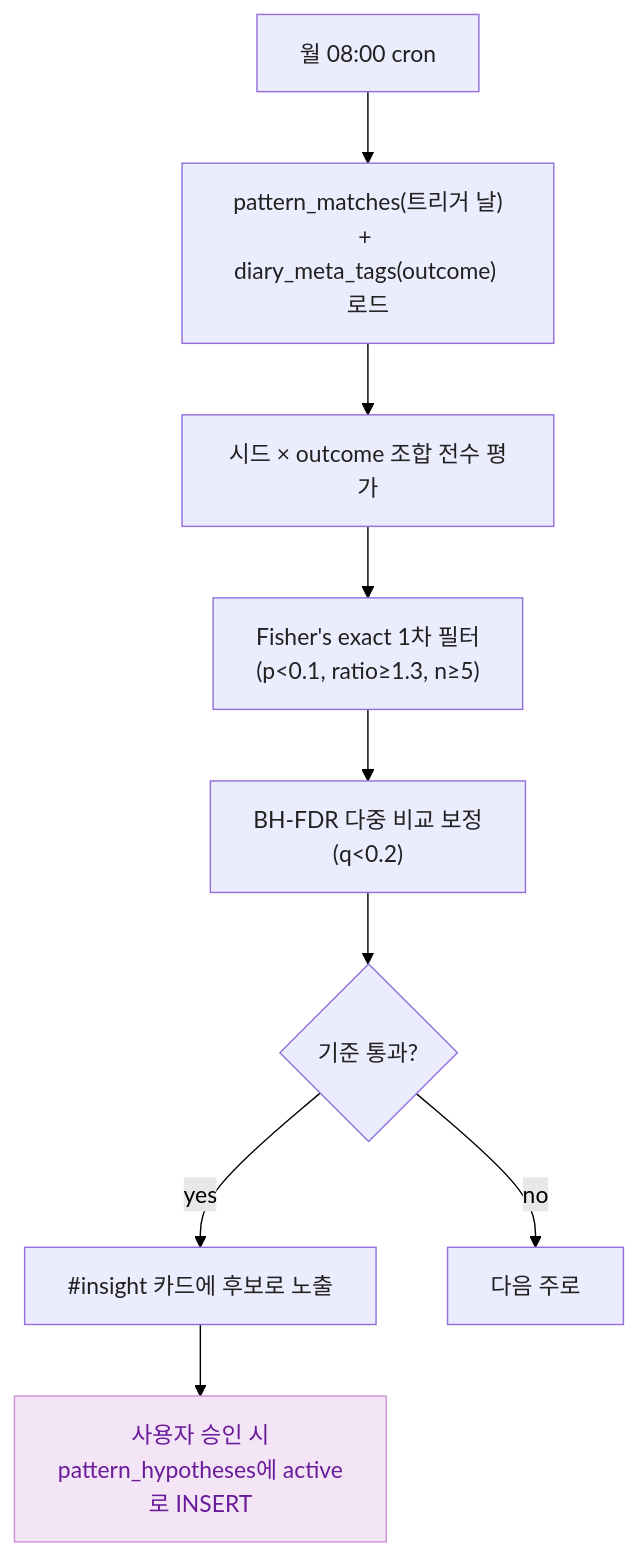
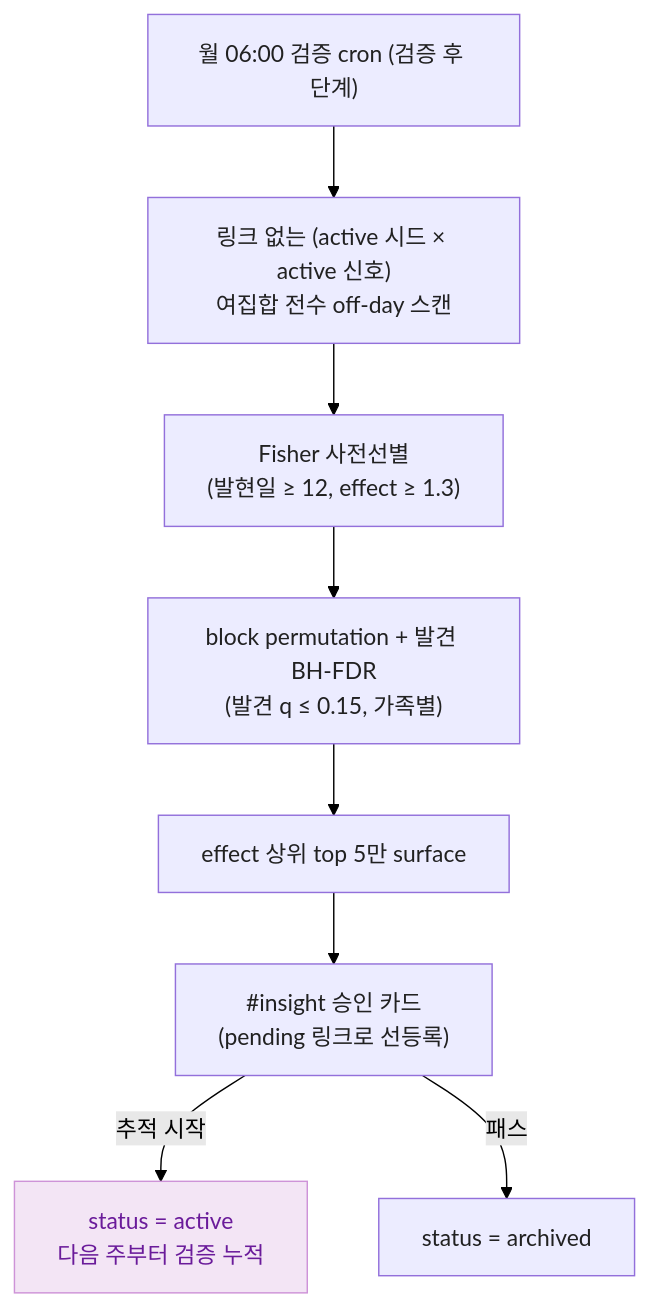
Before and after one commit to hyewon3938/slack-ai-agents: the fifth of 8 diagrams in docs/explainers/insight-v2.md, drawn with Mermaid (forest theme). The commit also changed other lines of this file, not shown here.

First line of the commit message:
docs(insight): explainer v2 메인을 #477 검증 재설계에 맞춰 재작성

````diff
--- a/docs/explainers/insight-v2.md
+++ b/docs/explainers/insight-v2.md
@@ -306,16 +284,15 @@
 ```mermaid
 flowchart TD
-  A["월 08:00 cron"] --> B["pattern_matches(트리거 날)<br/>+ diary_meta_tags(outcome) 로드"]
-  B --> C["시드 × outcome 조합 전수 평가"]
-  C --> D["Fisher's exact 1차 필터<br/>(p<0.1, ratio≥1.3, n≥5)"]
-  D --> E["BH-FDR 다중 비교 보정<br/>(q<0.2)"]
-  E --> F{"기준 통과?"}
-  F -->|yes| G["#insight 카드에 후보로 노출"]
-  F -->|no| H["다음 주로"]
-  G --> I["사용자 승인 시<br/>pattern_hypotheses에 active로 INSERT"]
+  A["월 06:00 검증 cron (검증 후 단계)"] --> B["링크 없는 (active 시드 × active 신호)<br/>여집합 전수 off-day 스캔"]
+  B --> C["Fisher 사전선별<br/>(발현일 ≥ 12, effect ≥ 1.3)"]
+  C --> D["block permutation + 발견 BH-FDR<br/>(발견 q ≤ 0.15, 가족별)"]
+  D --> E["effect 상위 top 5만 surface"]
+  E --> F["#insight 승인 카드<br/>(pending 링크로 선등록)"]
+  F -->|추적 시작| G["status = active<br/>다음 주부터 검증 누적"]
+  F -->|패스| H["status = archived"]
 
   classDef flowBox fill:#ECECFF,stroke:#9370DB,color:#212121
   classDef hypothesisNode fill:#F3E5F5,stroke:#CE93D8,color:#6A1B9A
-  class A,B,C,D,E,F,G,H flowBox
-  class I hypothesisNode
+  class A,B,C,D,E,F,H flowBox
+  class G hypothesisNode
 ```
````
